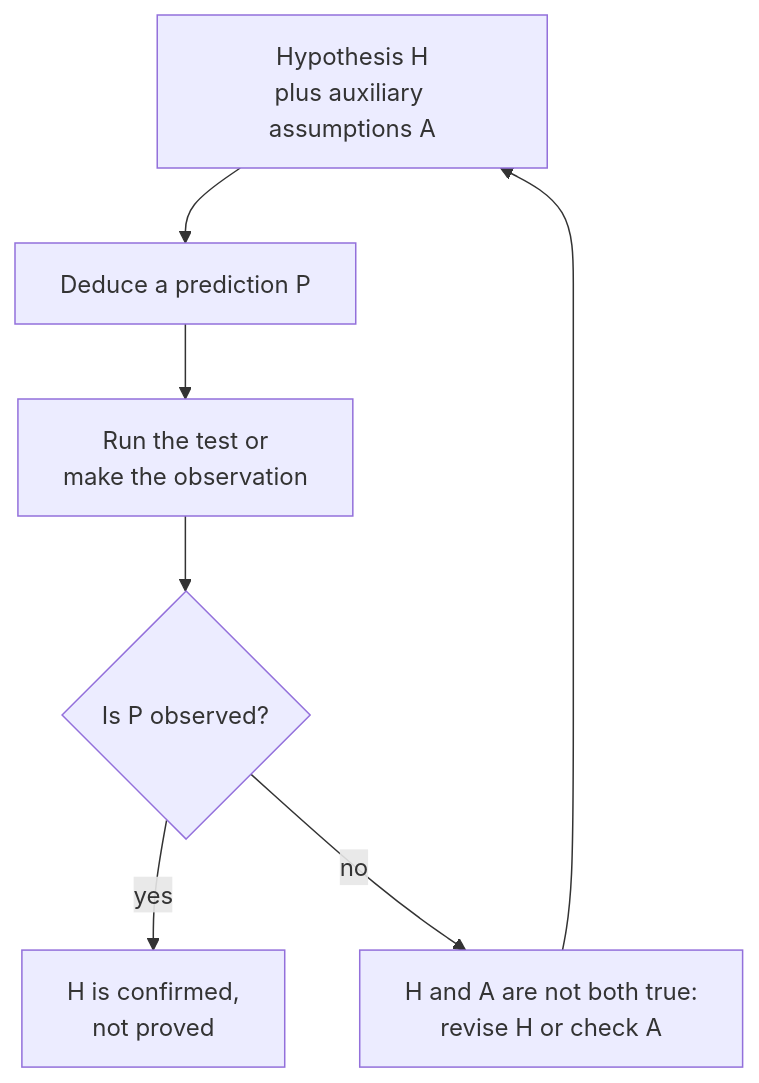
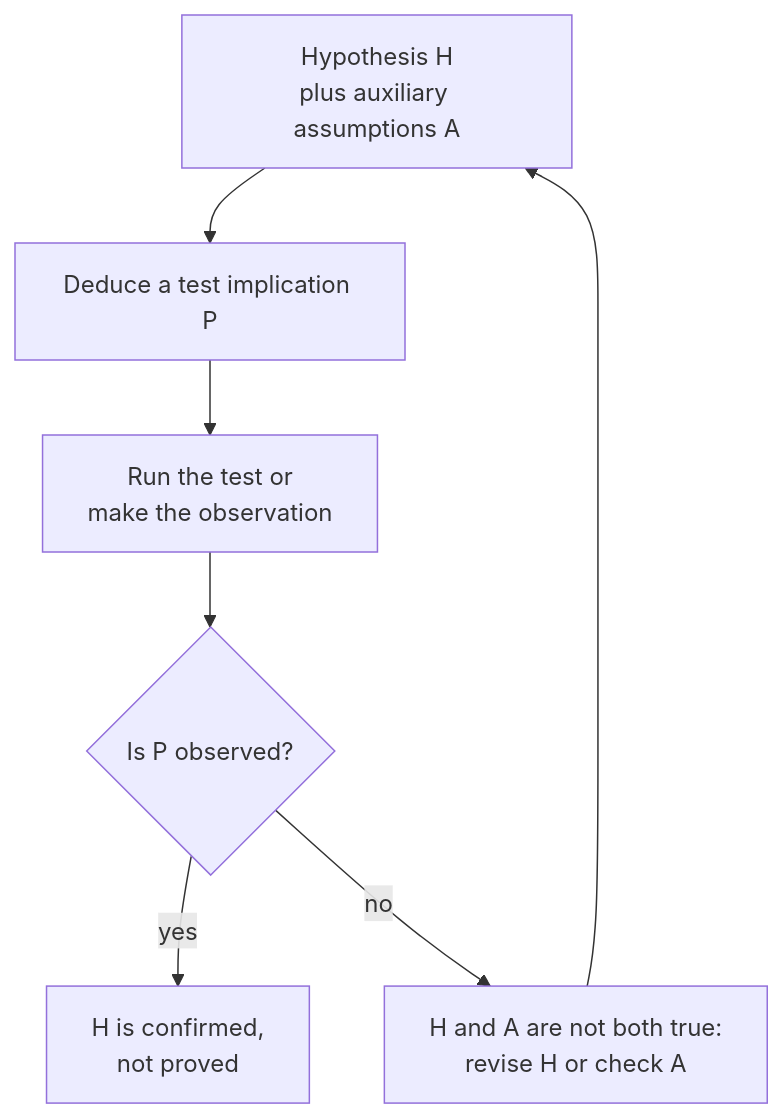
Before and after one commit to acrr-asia/acrr: the first of 3 diagrams in src/content/blog/scientific-reasoning-and-causation.mdx, drawn with Mermaid. The commit also changed other lines of this file and 4 other files, not shown here.

````diff
--- a/src/content/blog/scientific-reasoning-and-causation.mdx
+++ b/src/content/blog/scientific-reasoning-and-causation.mdx
@@ -47,9 +36,9 @@
 ```mermaid
 flowchart TB
-    H["Hypothesis H<br/>plus auxiliary assumptions A"] --> P["Deduce a prediction P"]
+    H["Hypothesis H<br/>plus auxiliary assumptions A"] --> P["Deduce a test implication P"]
     P --> T["Run the test or<br/>make the observation"]
     T --> Q{"Is P observed?"}
     Q -- yes --> C["H is confirmed,<br/>not proved"]
     Q -- no --> D["H and A are not both true:<br/>revise H or check A"]
     D --> H
 ```
````
